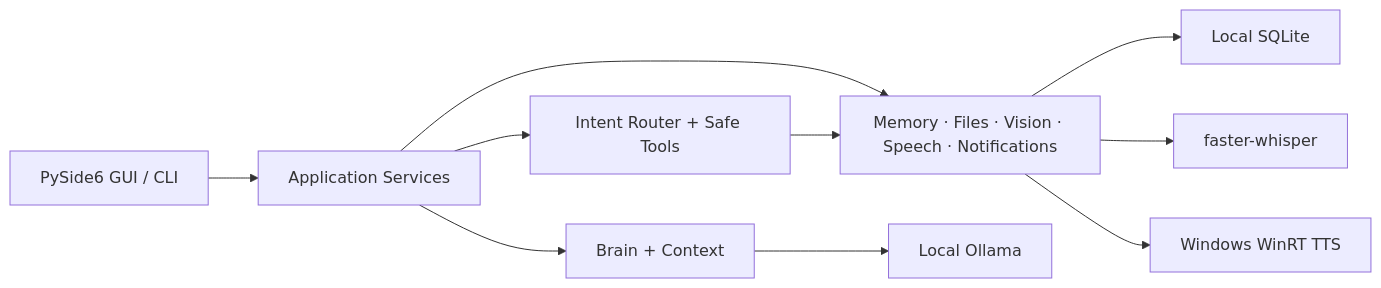
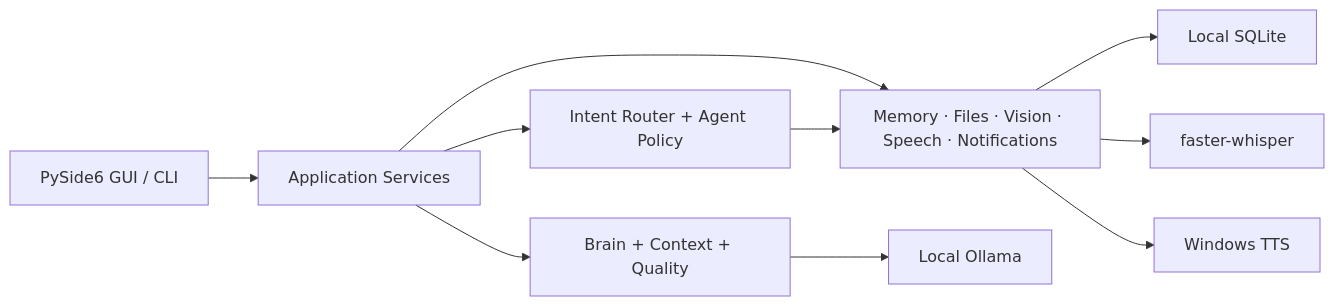
One commit to ilhanki/Lina changed the diagram in README.md. Above: the diagram before and after it, drawn with Mermaid. The commit also changed other lines of this file, not shown here.

````diff
--- a/README.md
+++ b/README.md
@@ -406,12 +278,12 @@
 ```mermaid
 flowchart LR
     UI["PySide6 GUI / CLI"] --> Services["Application Services"]
-    Services --> Brain["Brain + Context"]
-    Services --> Router["Intent Router + Safe Tools"]
+    Services --> Brain["Brain + Context + Quality"]
+    Services --> Router["Intent Router + Agent Policy"]
     Services --> Capabilities["Memory · Files · Vision · Speech · Notifications"]
     Brain --> Ollama["Local Ollama"]
     Router --> Capabilities
     Capabilities --> SQLite["Local SQLite"]
     Capabilities --> Whisper["faster-whisper"]
-    Capabilities --> WinRT["Windows WinRT TTS"]
+    Capabilities --> WinRT["Windows TTS"]
 ```
````
